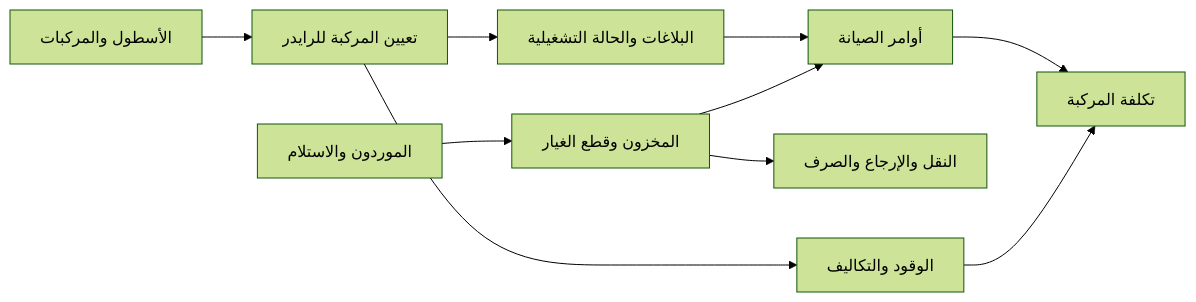
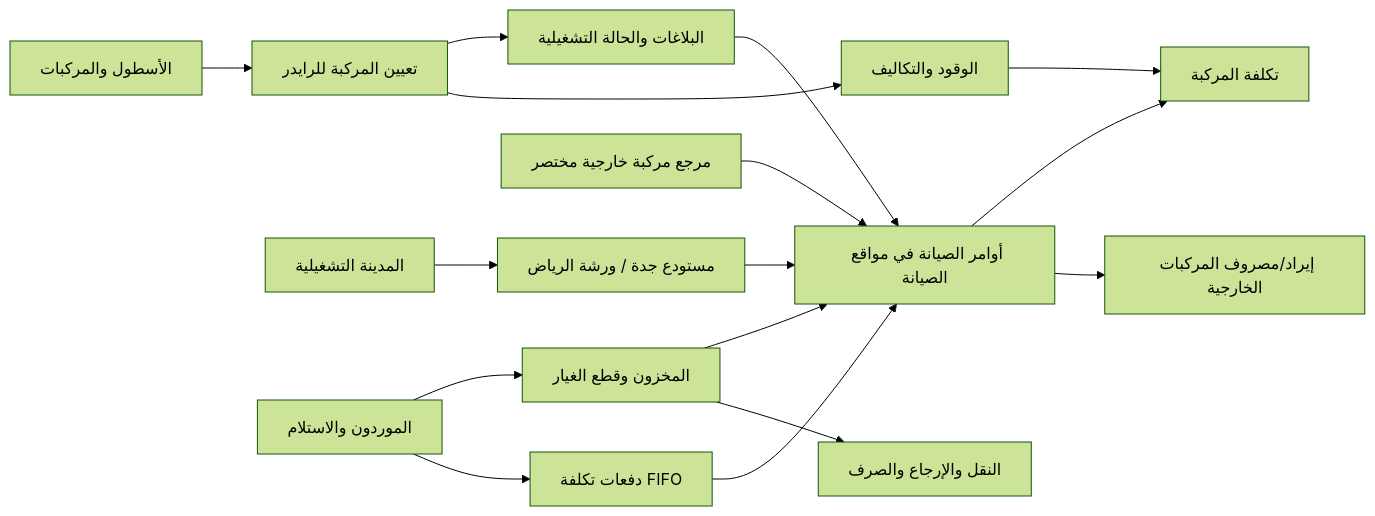
The diagram in docs/vehicle-maintenance-v2-plan.md (OmarAbdelrahmn/Logistic-ERP), drawn with Mermaid (forest theme) before and after one commit. The commit also changed other lines of this file and 64 other files, not shown here.

````diff
--- a/docs/vehicle-maintenance-v2-plan.md
+++ b/docs/vehicle-maintenance-v2-plan.md
@@ -20,12 +41,18 @@
 ```mermaid
 flowchart LR
     FLEET["الأسطول والمركبات"] --> ASSIGN["تعيين المركبة للرايدر"]
     ASSIGN --> ISSUE["البلاغات والحالة التشغيلية"]
-    ISSUE --> MAINT["أوامر الصيانة"]
+    ISSUE --> MAINT["أوامر الصيانة في مواقع الصيانة"]
+    CITY["المدينة التشغيلية"] --> SITE["مستودع جدة / ورشة الرياض"]
+    SITE --> MAINT
+    EXTERNAL["مرجع مركبة خارجية مختصر"] --> MAINT
     INVENTORY["المخزون وقطع الغيار"] --> MAINT
     PURCHASE["الموردون والاستلام"] --> INVENTORY
+    PURCHASE --> LAYERS["دفعات تكلفة FIFO"]
+    LAYERS --> MAINT
     INVENTORY --> MOVE["النقل والإرجاع والصرف"]
     ASSIGN --> FUEL["الوقود والتكاليف"]
     MAINT --> COST["تكلفة المركبة"]
+    MAINT --> EXTPL["إيراد/مصروف المركبات الخارجية"]
     FUEL --> COST
 ```
````
